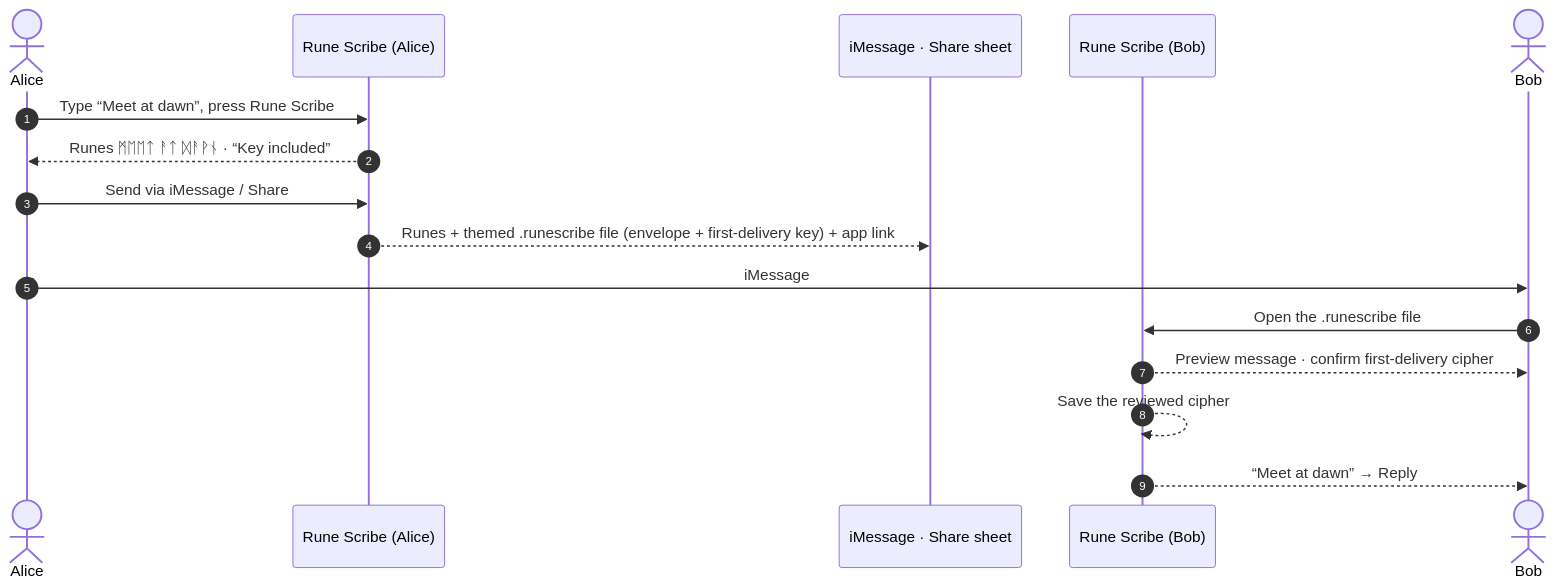
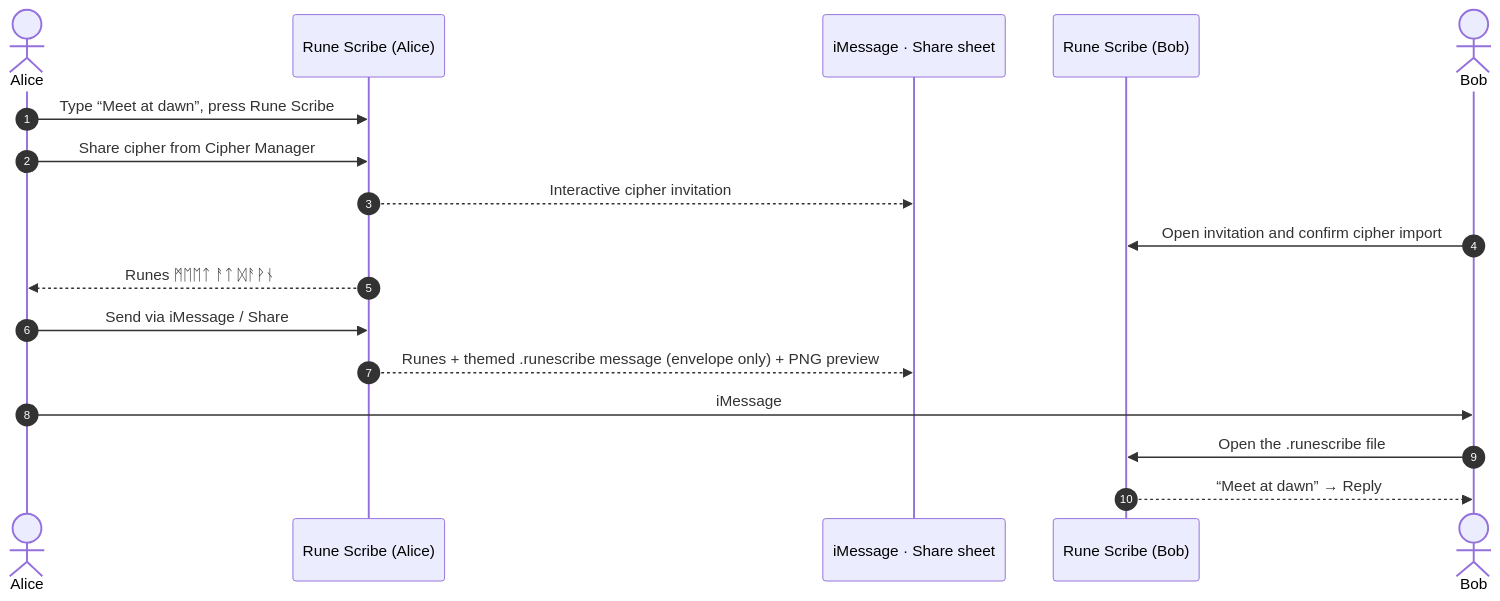
The second of 3 diagrams in README.md (flynn33/rune-scribe), drawn with Mermaid before and after one commit. The commit also changed other lines of this file and 41 other files, not shown here.

````diff
--- a/README.md
+++ b/README.md
@@ -215,19 +211,20 @@
 ```mermaid
 sequenceDiagram
     autonumber
     actor Alice
     participant App1 as Rune Scribe (Alice)
     participant Msg as iMessage · Share sheet
     participant App2 as Rune Scribe (Bob)
     actor Bob
 
     Alice->>App1: Type “Meet at dawn”, press Rune Scribe
-    App1-->>Alice: Runes  ᛗᛖᛖᛏ ᚨᛏ ᛞᚨᚹᚾ  ·  “Key included”
+    Alice->>App1: Share cipher from Cipher Manager
+    App1-->>Msg: Interactive cipher invitation
+    Bob->>App2: Open invitation and confirm cipher import
+    App1-->>Alice: Runes  ᛗᛖᛖᛏ ᚨᛏ ᛞᚨᚹᚾ
     Alice->>App1: Send via iMessage / Share
-    App1-->>Msg: Runes + themed .runescribe file (envelope + first-delivery key) + app link
+    App1-->>Msg: Runes + themed .runescribe message (envelope only) + PNG preview
     Alice->>Bob: iMessage
     Bob->>App2: Open the .runescribe file
-    App2-->>Bob: Preview message · confirm first-delivery cipher
-    App2-->>App2: Save the reviewed cipher
     App2-->>Bob: “Meet at dawn”  → Reply
 ```
````
